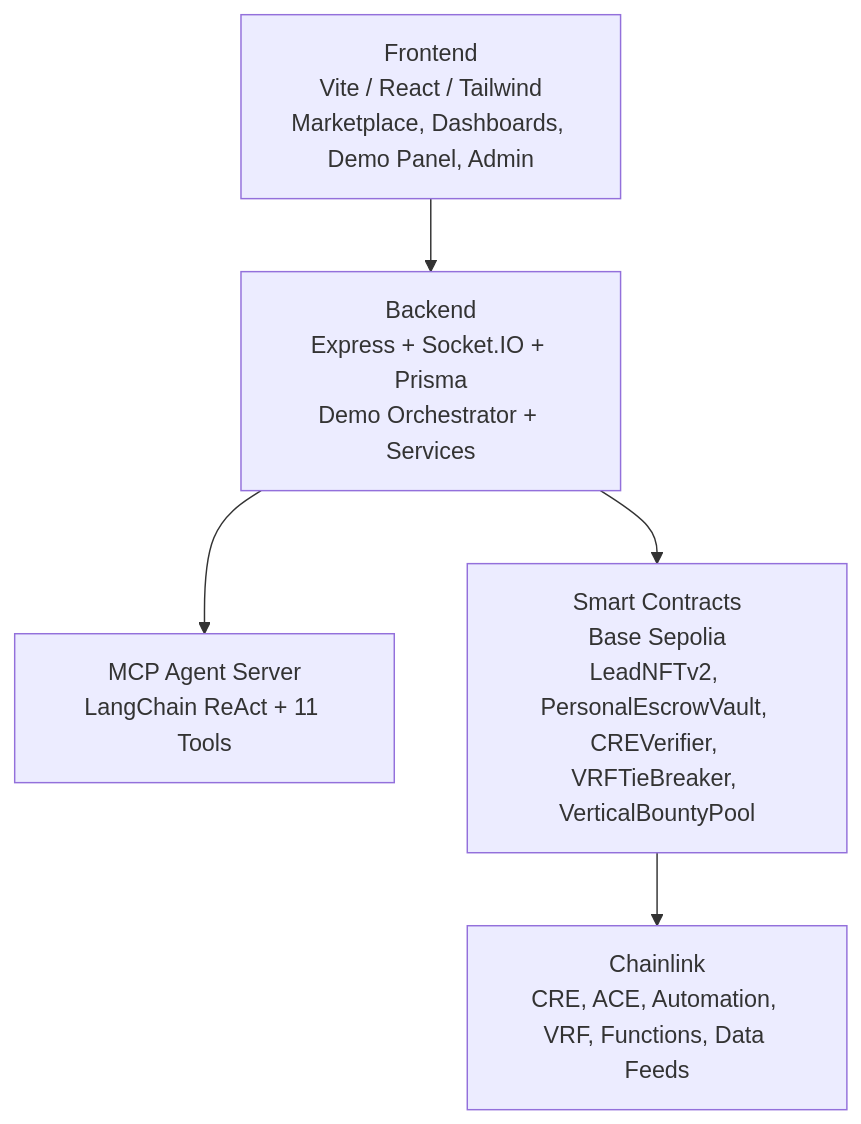
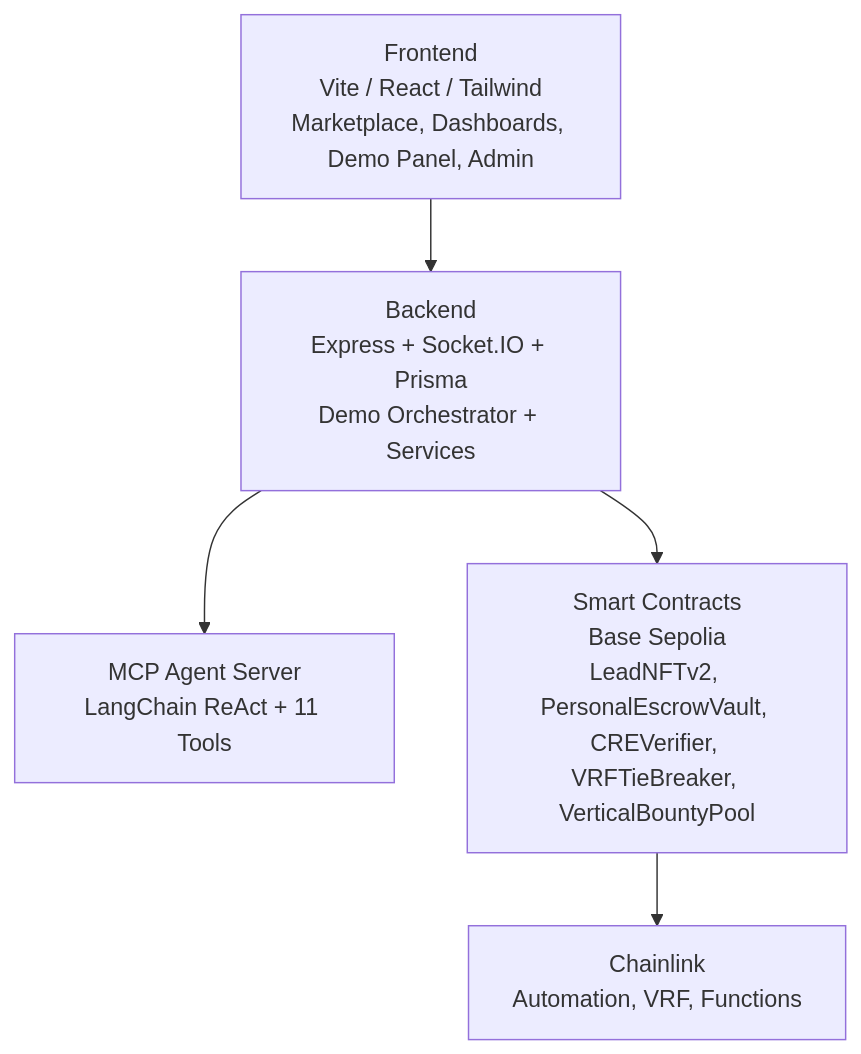
One commit to bnmbnmai/lead-engine-cre changed the second of 2 diagrams in README.md. Above: the diagram before and after it, drawn with Mermaid. The commit also changed other lines of this file and 6 other files, not shown here.

````diff
--- a/README.md
+++ b/README.md
@@ -79,13 +86,13 @@
 ```mermaid
 graph TD
     Frontend["Frontend<br>Vite / React / Tailwind<br>Marketplace, Dashboards, Demo Panel, Admin"]
     Backend["Backend<br>Express + Socket.IO + Prisma<br>Demo Orchestrator + Services"]
     MCP["MCP Agent Server<br>LangChain ReAct + 11 Tools"]
     Contracts["Smart Contracts<br>Base Sepolia<br>LeadNFTv2, PersonalEscrowVault, CREVerifier, VRFTieBreaker, VerticalBountyPool"]
-    Chainlink["Chainlink<br>CRE, ACE, Automation, VRF, Functions, Data Feeds"]
+    Chainlink["Chainlink<br>Automation, VRF, Functions"]
 
     Frontend --> Backend
     Backend --> MCP
     Backend --> Contracts
     Contracts --> Chainlink
 ```
````
